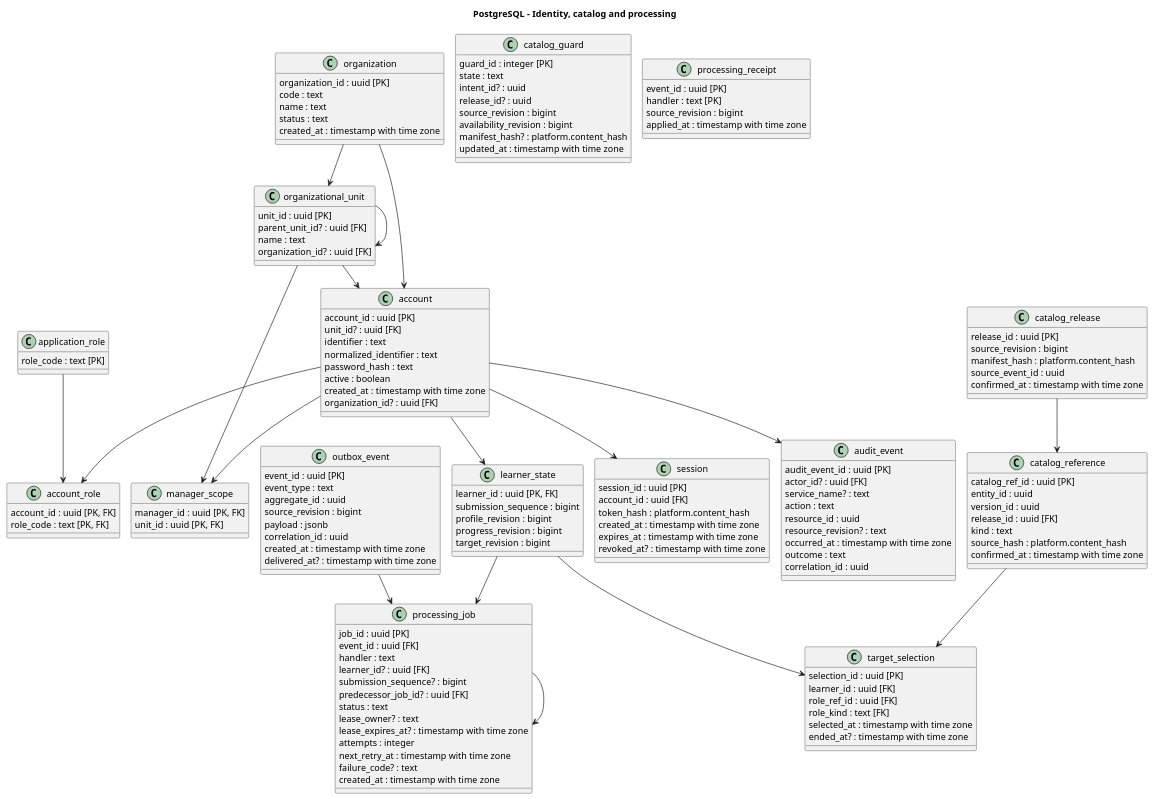
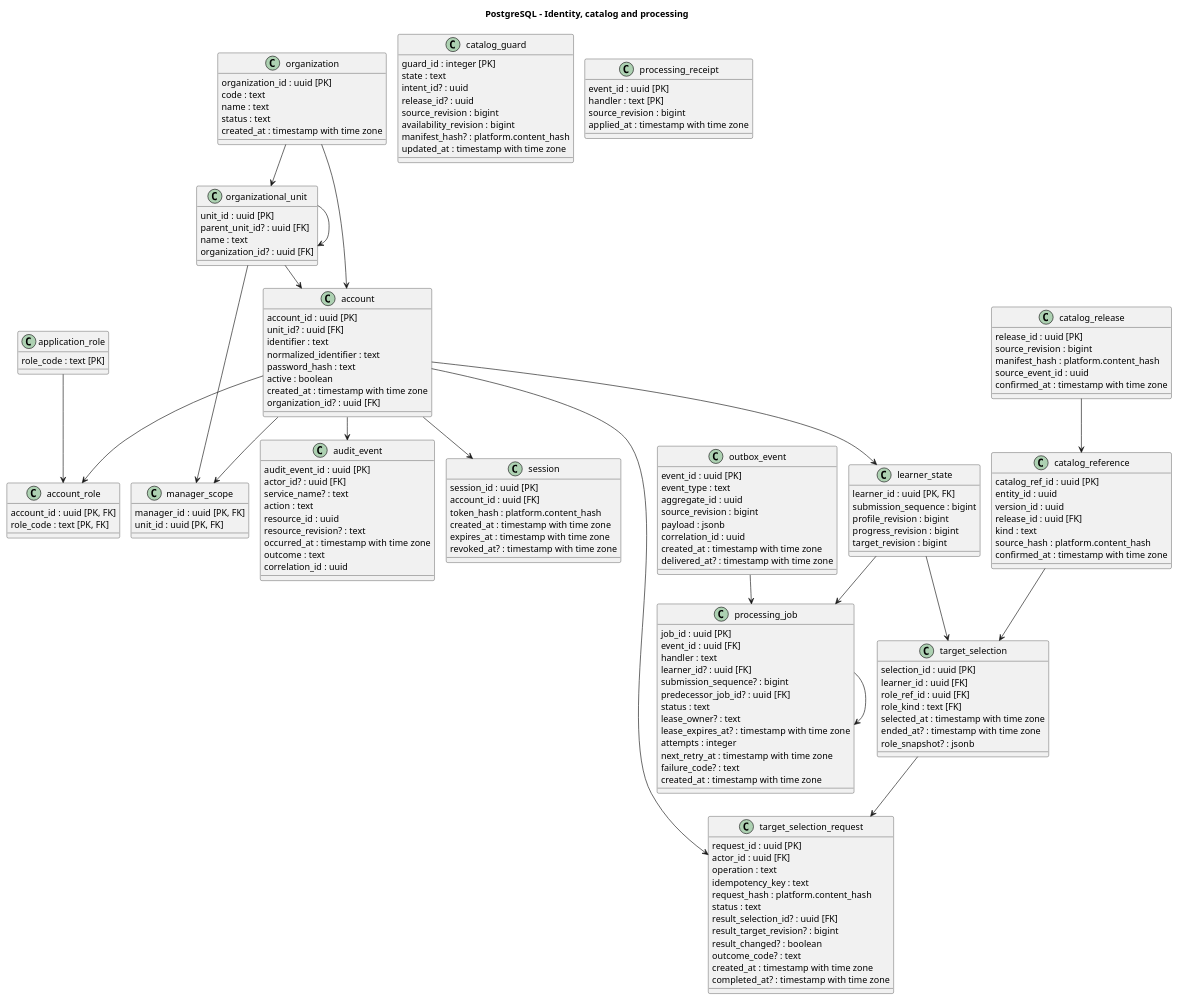
The diagram in documents/diagrams/postgresql.puml (SEP490-Fall-2026-GFA26SE64/SEP490), drawn with PlantUML before and after one commit. The commit also changed 85 other files, not shown here.

First line of the commit message:
Feature/req 001 target role selection (#5)

```diff
--- a/documents/diagrams/postgresql.puml
+++ b/documents/diagrams/postgresql.puml
@@ -1,148 +1,165 @@
 @startuml
 !pragma layout smetana
 top to bottom direction
 skinparam shadowing false
 title PostgreSQL - Identity, catalog and processing
 class organization {
     organization_id : uuid [PK]
     code : text
     name : text
     status : text
     created_at : timestamp with time zone
 }
 class organizational_unit {
     unit_id : uuid [PK]
     parent_unit_id? : uuid [FK]
     name : text
     organization_id? : uuid [FK]
 }
 class account {
     account_id : uuid [PK]
     unit_id? : uuid [FK]
     identifier : text
     normalized_identifier : text
     password_hash : text
     active : boolean
     created_at : timestamp with time zone
     organization_id? : uuid [FK]
 }
 class application_role {
     role_code : text [PK]
 }
 class account_role {
     account_id : uuid [PK, FK]
     role_code : text [PK, FK]
 }
 class manager_scope {
     manager_id : uuid [PK, FK]
     unit_id : uuid [PK, FK]
 }
 class session {
     session_id : uuid [PK]
     account_id : uuid [FK]
     token_hash : platform.content_hash
     created_at : timestamp with time zone
     expires_at : timestamp with time zone
     revoked_at? : timestamp with time zone
 }
 class learner_state {
     learner_id : uuid [PK, FK]
     submission_sequence : bigint
     profile_revision : bigint
     progress_revision : bigint
     target_revision : bigint
 }
 class catalog_guard {
     guard_id : integer [PK]
     state : text
     intent_id? : uuid
     release_id? : uuid
     source_revision : bigint
     availability_revision : bigint
     manifest_hash? : platform.content_hash
     updated_at : timestamp with time zone
 }
 class catalog_release {
     release_id : uuid [PK]
     source_revision : bigint
     manifest_hash : platform.content_hash
     source_event_id : uuid
     confirmed_at : timestamp with time zone
 }
 class catalog_reference {
     catalog_ref_id : uuid [PK]
     entity_id : uuid
     version_id : uuid
     release_id : uuid [FK]
     kind : text
     source_hash : platform.content_hash
     confirmed_at : timestamp with time zone
 }
 class target_selection {
     selection_id : uuid [PK]
     learner_id : uuid [FK]
     role_ref_id : uuid [FK]
     role_kind : text [FK]
     selected_at : timestamp with time zone
     ended_at? : timestamp with time zone
+    role_snapshot? : jsonb
+}
+class target_selection_request {
+    request_id : uuid [PK]
+    actor_id : uuid [FK]
+    operation : text
+    idempotency_key : text
+    request_hash : platform.content_hash
+    status : text
+    result_selection_id? : uuid [FK]
+    result_target_revision? : bigint
+    result_changed? : boolean
+    outcome_code? : text
+    created_at : timestamp with time zone
+    completed_at? : timestamp with time zone
 }
 class outbox_event {
     event_id : uuid [PK]
     event_type : text
     aggregate_id : uuid
     source_revision : bigint
     payload : jsonb
     correlation_id : uuid
     created_at : timestamp with time zone
     delivered_at? : timestamp with time zone
 }
 class processing_job {
     job_id : uuid [PK]
     event_id : uuid [FK]
     handler : text
     learner_id? : uuid [FK]
     submission_sequence? : bigint
     predecessor_job_id? : uuid [FK]
     status : text
     lease_owner? : text
     lease_expires_at? : timestamp with time zone
     attempts : integer
     next_retry_at : timestamp with time zone
     failure_code? : text
     created_at : timestamp with time zone
 }
 class processing_receipt {
     event_id : uuid [PK]
     handler : text [PK]
     source_revision : bigint
     applied_at : timestamp with time zone
 }
 class audit_event {
     audit_event_id : uuid [PK]
     actor_id? : uuid [FK]
     service_name? : text
     action : text
     resource_id : uuid
     resource_revision? : text
     occurred_at : timestamp with time zone
     outcome : text
     correlation_id : uuid
 }
 account --> account_role
 account --> audit_event
 account --> learner_state
 account --> manager_scope
 account --> session
+account --> target_selection_request
 application_role --> account_role
 catalog_reference --> target_selection
 catalog_release --> catalog_reference
 learner_state --> processing_job
 learner_state --> target_selection
 organization --> account
 organization --> organizational_unit
 organizational_unit --> account
 organizational_unit --> manager_scope
 organizational_unit --> organizational_unit
 outbox_event --> processing_job
 processing_job --> processing_job
+target_selection --> target_selection_request
 @enduml
```
